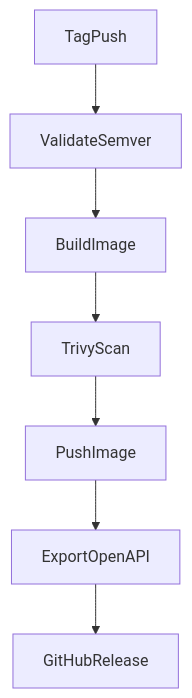
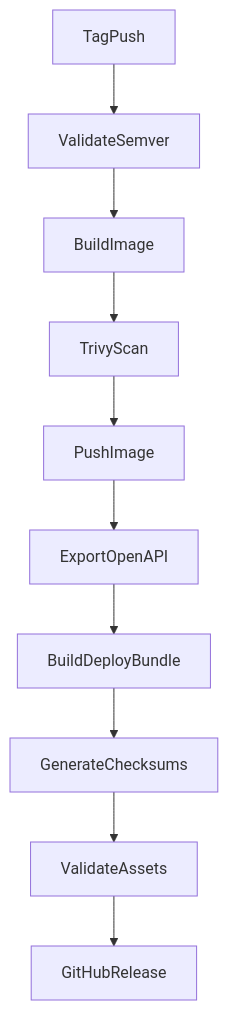
The fifth of 6 diagrams in docs/CI.md (Libertocrat/star), drawn with Mermaid before and after one commit. The commit also changed other lines of this file and 28 other files, not shown here.

````diff
--- a/docs/CI.md
+++ b/docs/CI.md
@@ -334,9 +351,12 @@
 ```mermaid
 flowchart TD
 TagPush --> ValidateSemver
 ValidateSemver --> BuildImage
 BuildImage --> TrivyScan
 TrivyScan --> PushImage
 PushImage --> ExportOpenAPI
-ExportOpenAPI --> GitHubRelease
+ExportOpenAPI --> BuildDeployBundle
+BuildDeployBundle --> GenerateChecksums
+GenerateChecksums --> ValidateAssets
+ValidateAssets --> GitHubRelease
 ```
````
